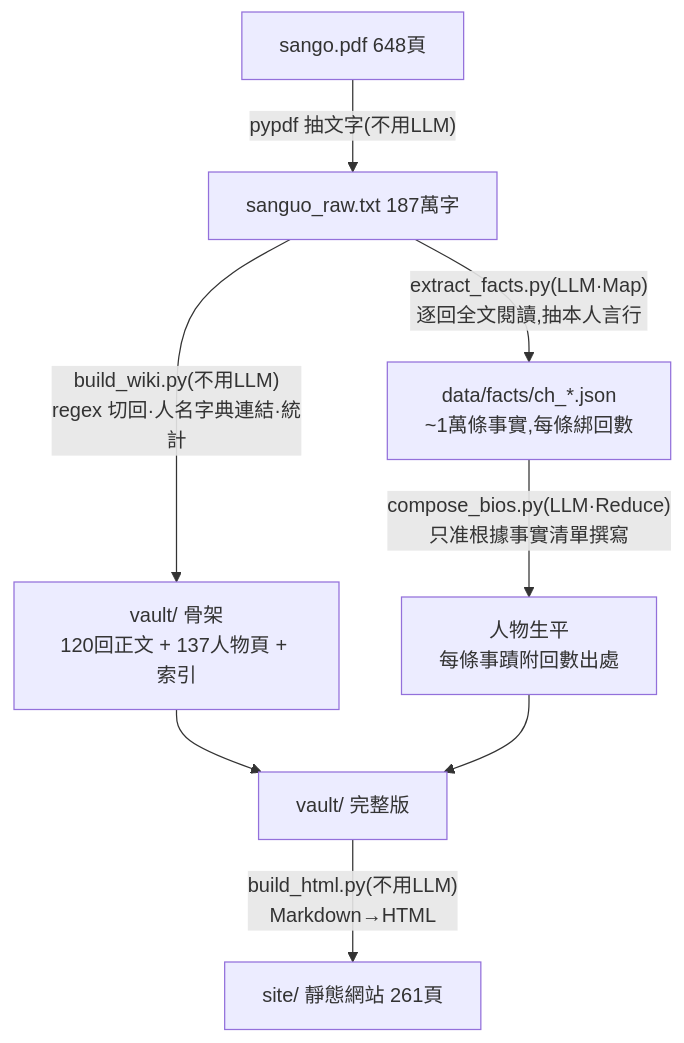
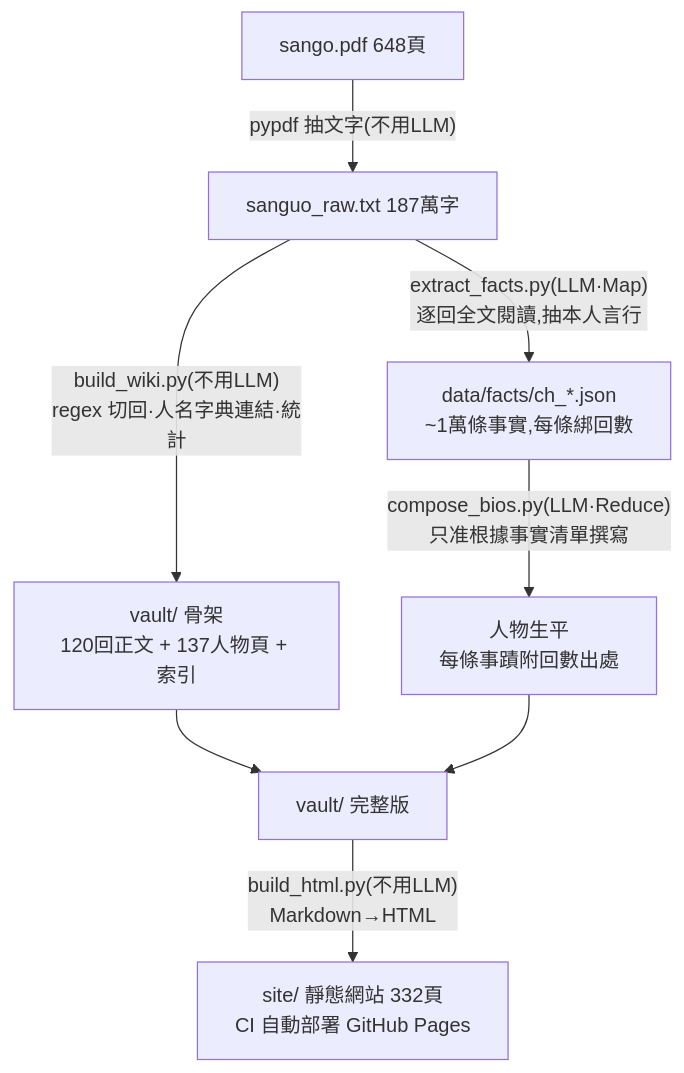
The diagram in README.md (pondahai/sanguo-wiki), drawn with Mermaid before and after one commit. The commit also changed other lines of this file, not shown here.

Commit message:
README: 瀏覽方式改為 GitHub Pages 線上網址,修正頁數與 site/ 說明

````diff
--- a/README.md
+++ b/README.md
@@ -24,10 +25,10 @@
 ```mermaid
 flowchart TD
     A[sango.pdf 648頁] -->|"pypdf 抽文字(不用LLM)"| B[sanguo_raw.txt 187萬字]
     B -->|"build_wiki.py(不用LLM)<br>regex 切回·人名字典連結·統計"| C["vault/ 骨架<br>120回正文 + 137人物頁 + 索引"]
     B -->|"extract_facts.py(LLM·Map)<br>逐回全文閱讀,抽本人言行"| D["data/facts/ch_*.json<br>~1萬條事實,每條綁回數"]
     D -->|"compose_bios.py(LLM·Reduce)<br>只准根據事實清單撰寫"| E["人物生平<br>每條事蹟附回數出處"]
     C --> F
     E --> F["vault/ 完整版"]
-    F -->|"build_html.py(不用LLM)<br>Markdown→HTML"| G["site/ 靜態網站 261頁"]
+    F -->|"build_html.py(不用LLM)<br>Markdown→HTML"| G["site/ 靜態網站 332頁<br>CI 自動部署 GitHub Pages"]
 ```
````
